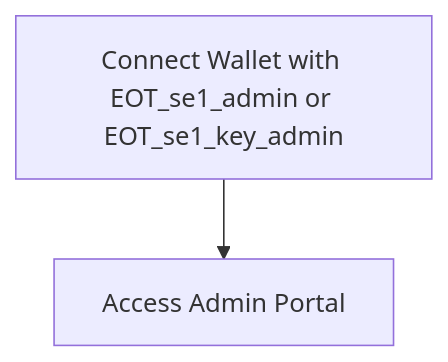
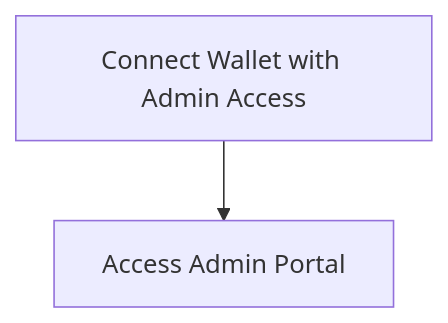
Before and after one commit to AlphaWallet/EEVY: the seventh of 10 diagrams in FLOWS.md, drawn with Mermaid. The commit also changed other lines of this file and 1 other file, not shown here.

Commit message:
updated flow to remove EOT token for now

````diff
--- a/FLOWS.md
+++ b/FLOWS.md
@@ -104,6 +102,6 @@
 ```mermaid
 graph TB
-  A[Connect Wallet with EOT_se1_admin or EOT_se1_key_admin]
+  A[Connect Wallet with Admin Access]
   B[Access Admin Portal]
   A --> B
 ```
````
